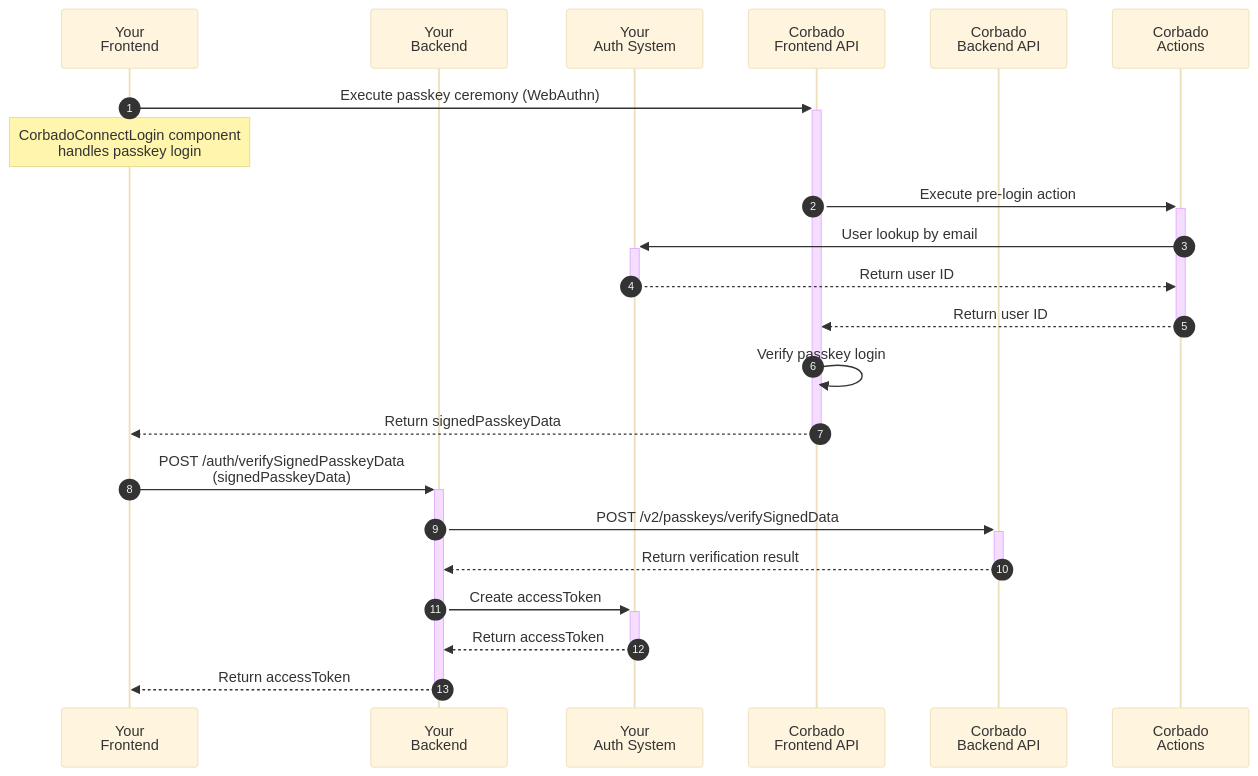
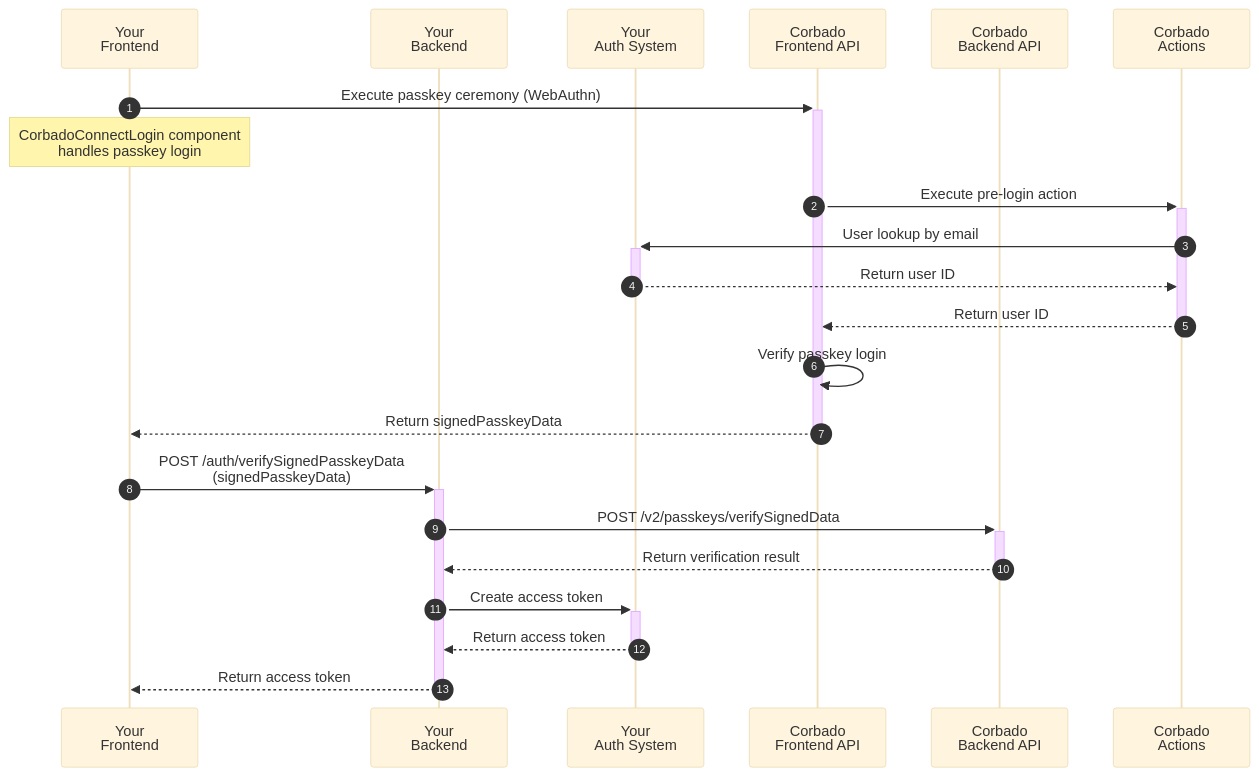
The third of 4 diagrams in corbado-connect/integration/generic/web.mdx (corbadotech/docs), drawn with Mermaid (base theme) before and after one commit. The commit also changed other lines of this file and 2 other files, not shown here.

Commit message:
Rename access token to access token

````diff
--- a/corbado-connect/integration/generic/web.mdx
+++ b/corbado-connect/integration/generic/web.mdx
@@ -302,26 +302,26 @@
 ```mermaid
 sequenceDiagram
     autonumber
     participant Frontend as Your<br/>Frontend
     participant Backend as Your<br/>Backend
     participant IdP as Your<br/>Auth System
     participant FAPI as Corbado<br/>Frontend API
     participant BAPI as Corbado<br/>Backend API
     participant Actions as Corbado<br/>Actions
 
     Frontend->>+FAPI: Execute passkey ceremony (WebAuthn)
     Note over Frontend: CorbadoConnectLogin component<br/>handles passkey login
     FAPI->>+Actions: Execute pre-login action
     Actions->>+IdP: User lookup by email
     IdP-->>-Actions: Return user ID
     Actions-->>-FAPI: Return user ID
     FAPI->>FAPI: Verify passkey login
     FAPI-->>-Frontend: Return signedPasskeyData
 
     Frontend->>+Backend: POST /auth/verifySignedPasskeyData<br/>(signedPasskeyData)
     Backend->>+BAPI: POST /v2/passkeys/verifySignedData
     BAPI-->>-Backend: Return verification result
-    Backend->>+IdP: Create accessToken
-    IdP-->>-Backend: Return accessToken
-    Backend-->>-Frontend: Return accessToken
+    Backend->>+IdP: Create access token
+    IdP-->>-Backend: Return access token
+    Backend-->>-Frontend: Return access token
 ```
````
